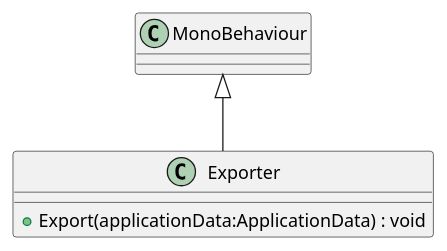
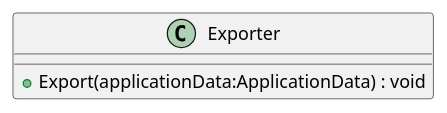
Before and after one commit to Emanuelsoniax/AudioSequencer: the diagram in UML/Exporter.puml, drawn with PlantUML. The commit also changed 9 other files, not shown here.

Commit message:
Generate UML (Generate UML)

```diff
--- a/UML/Exporter.puml
+++ b/UML/Exporter.puml
@@ -1,6 +1,5 @@
 @startuml
 class Exporter {
     + Export(applicationData:ApplicationData) : void
 }
-MonoBehaviour <|-- Exporter
 @enduml
```
